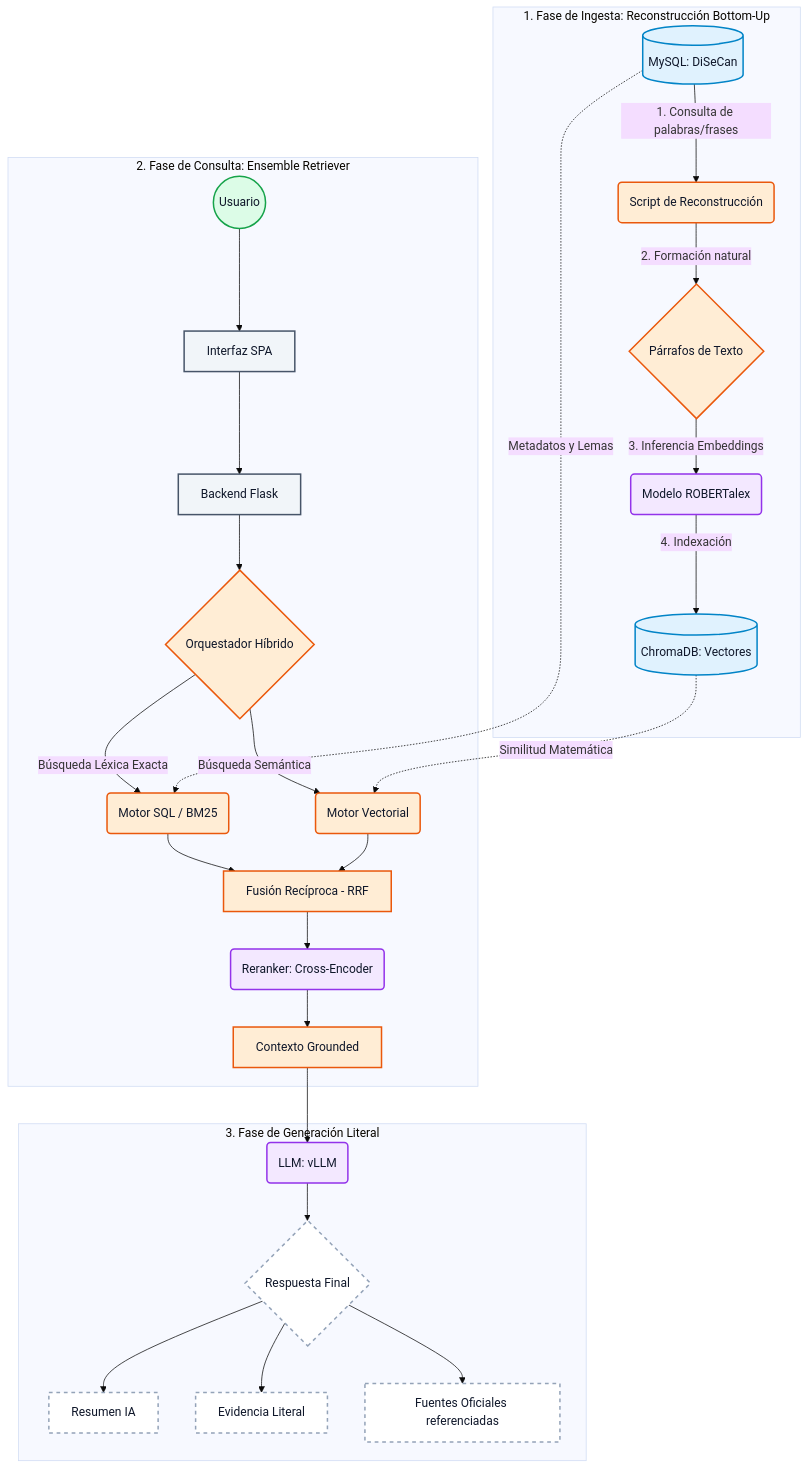
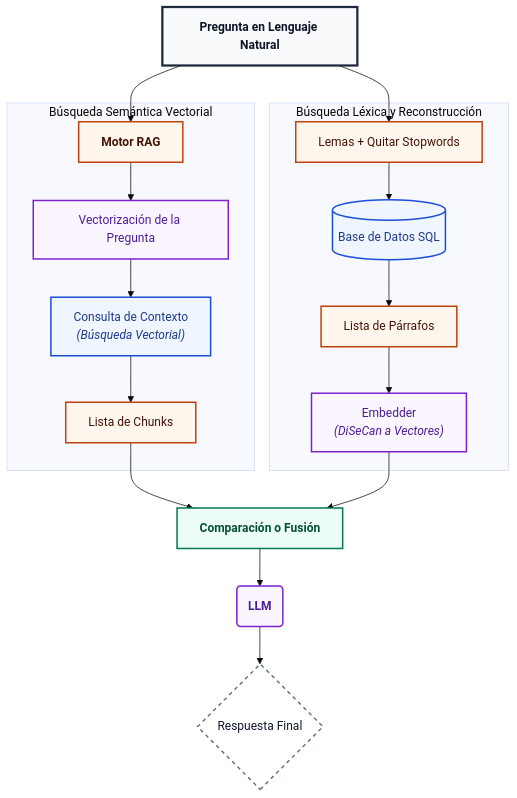
Before and after one commit to DavidSMtl/TFT_RAG_DISECAN: the diagram in docs/design/architecture_diagram.md, drawn with Mermaid (base theme). The commit also changed 19 other files, not shown here.

Commit message:
Simplificación del código y Base de datos actualizada

````diff
--- a/docs/design/architecture_diagram.md
+++ b/docs/design/architecture_diagram.md
@@ -1,48 +1,47 @@
 ```mermaid
 graph TD
-    %% ----- ESTILOS -----
-    classDef database fill:#e0f2fe,stroke:#0284c7,stroke-width:2px,color:#0f172a;
-    classDef process fill:#ffedd5,stroke:#ea580c,stroke-width:2px,color:#0f172a;
-    classDef ai fill:#f3e8ff,stroke:#9333ea,stroke-width:2px,color:#0f172a;
-    classDef user fill:#dcfce7,stroke:#16a34a,stroke-width:2px,color:#0f172a;
-    classDef interface fill:#f1f5f9,stroke:#475569,stroke-width:2px,color:#0f172a;
-    classDef output fill:#ffffff,stroke:#94a3b8,stroke-width:2px,stroke-dasharray: 5 5,color:#0f172a;
+    %% ----- ESTILOS PREMIUM -----
+    classDef quest fill:#f8fafc,stroke:#1e293b,stroke-width:3px,color:#0f172a,font-size:16px;
+    classDef process fill:#fff7ed,stroke:#c2410c,stroke-width:2px,color:#431407;
+    classDef db fill:#eff6ff,stroke:#1d4ed8,stroke-width:2px,color:#1e3a8a;
+    classDef ai fill:#faf5ff,stroke:#7e22ce,stroke-width:2px,color:#4c1d95;
+    classDef fusion fill:#ecfdf5,stroke:#047857,stroke-width:2px,color:#064e3b;
+    classDef output fill:#ffffff,stroke:#64748b,stroke-width:2px,stroke-dasharray: 5 5,color:#0f172a;
 
-    %% ----- INGESTA -----
-    subgraph Ingesta [1. Fase de Ingesta: Reconstrucción Bottom-Up]
-        DB_SQL[(MySQL: DiSeCan)]:::database -- "1. Consulta de palabras/frases" --> RECON(Script de Reconstrucción):::process
-        RECON -- "2. Formación natural" --> CHUNKS{Párrafos de Texto}:::process
-        CHUNKS -- "3. Inferencia Embeddings" --> EMB(Modelo ROBERTalex):::ai
-        EMB -- "4. Indexación" --> VDB[(ChromaDB: Vectores)]:::database
+    %% ----- INICIO -----
+    START["<b>Pregunta en Lenguaje Natural</b>"]:::quest
+
+    %% ----- CAMINO 1: RAG TRADICIONAL -----
+    START --> BUSQ_RAG["<b>Motor RAG</b>"]:::process
+    BUSQ_RAG --> VEC_PREG[Vectorización de la Pregunta]:::ai
+    VEC_PREG --> CONS_CTX["Consulta de Contexto <br/><i>(Búsqueda Vectorial)</i>"]:::db
+    CONS_CTX --> LIST_CHUNKS[Lista de Chunks]:::process
+
+    %% ----- CAMINO 2: DISECAN + SQL -----
+    START --> PROC_LEMAS[Lemas + Quitar Stopwords]:::process
+    PROC_LEMAS --> SQL_DB[(Base de Datos SQL)]:::db
+    SQL_DB --> LIST_PARRAFOS[Lista de Párrafos]:::process
+    LIST_PARRAFOS --> EMB_DIS["Embedder <br/><i>(DiSeCan a Vectores)</i>"]:::ai
+
+    %% ----- CONFLUENCIA Y GENERACIÓN -----
+    LIST_CHUNKS --> FUSION["<b>Comparación o Fusión</b>"]:::fusion
+    EMB_DIS --> FUSION
+
+    FUSION --> LLM("<b>LLM</b>"):::ai
+    LLM --> RESP{Respuesta Final}:::output
+
+    %% Notas de flujo
+    subgraph Rama_RAG [Búsqueda Semántica Vectorial]
+        BUSQ_RAG
+        VEC_PREG
+        CONS_CTX
+        LIST_CHUNKS
     end
 
-    %% ----- CONSULTA -----
-    subgraph Consulta [2. Fase de Consulta: Ensemble Retriever]
-        USER((Usuario)):::user --> UI[Interfaz SPA]:::interface
-        UI --> API[Backend Flask]:::interface
-        API --> ORQ{Orquestador Híbrido}:::process
-
-        %% Ramas paralelas
-        ORQ -- "Búsqueda Léxica Exacta" --> BUS_LEX(Motor SQL / BM25):::process
-        ORQ -- "Búsqueda Semántica" --> BUS_SEM(Motor Vectorial):::process
-
-        BUS_LEX --> JOIN[Fusión Recíproca - RRF]:::process
-        BUS_SEM --> JOIN
-
-        JOIN --> RANK(Reranker: Cross-Encoder):::ai
-        RANK --> CTX[Contexto Grounded]:::process
+    subgraph Rama_DISECAN [Búsqueda Léxica y Reconstrucción]
+        PROC_LEMAS
+        SQL_DB
+        LIST_PARRAFOS
+        EMB_DIS
     end
-
-    %% ----- GENERACIÓN -----
-    subgraph Generacion [3. Fase de Generación Literal]
-        CTX --> LLM(LLM: vLLM):::ai
-        LLM --> RESP{Respuesta Final}:::output
-        RESP --> RES_IA[Resumen IA]:::output
-        RESP --> RES_LIT[Evidencia Literal]:::output
-        RESP --> RES_REF[Fuentes Oficiales referenciadas]:::output
-    end
-
-    %% ----- ENLACES ENTRE FLUJOS -----
-    DB_SQL -.-> |"Metadatos y Lemas"| BUS_LEX
-    VDB -.-> |"Similitud Matemática"| BUS_SEM
 ```
````
